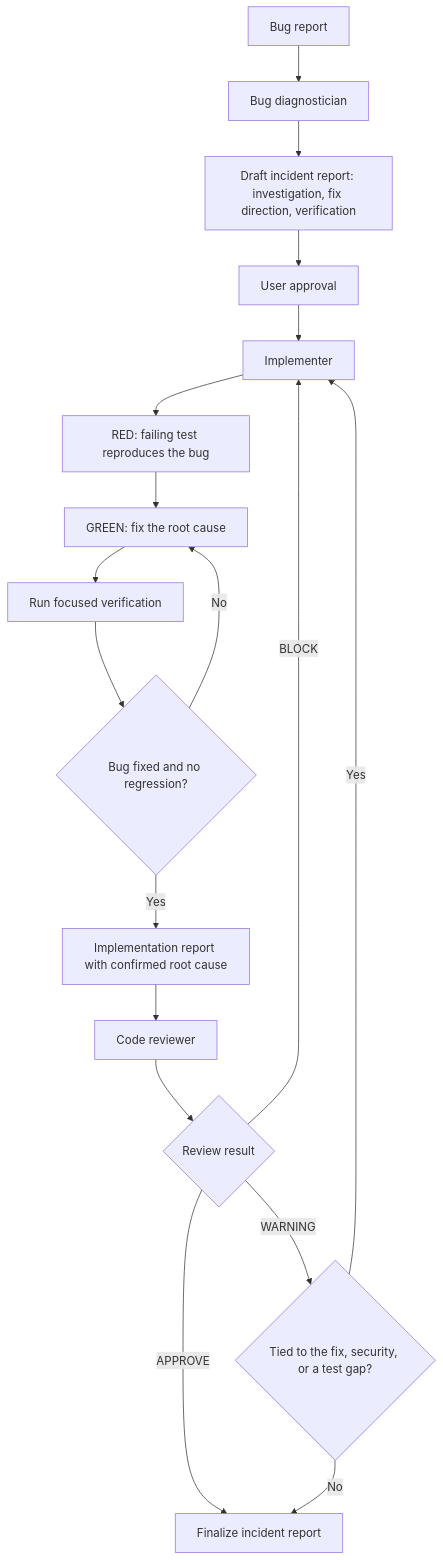
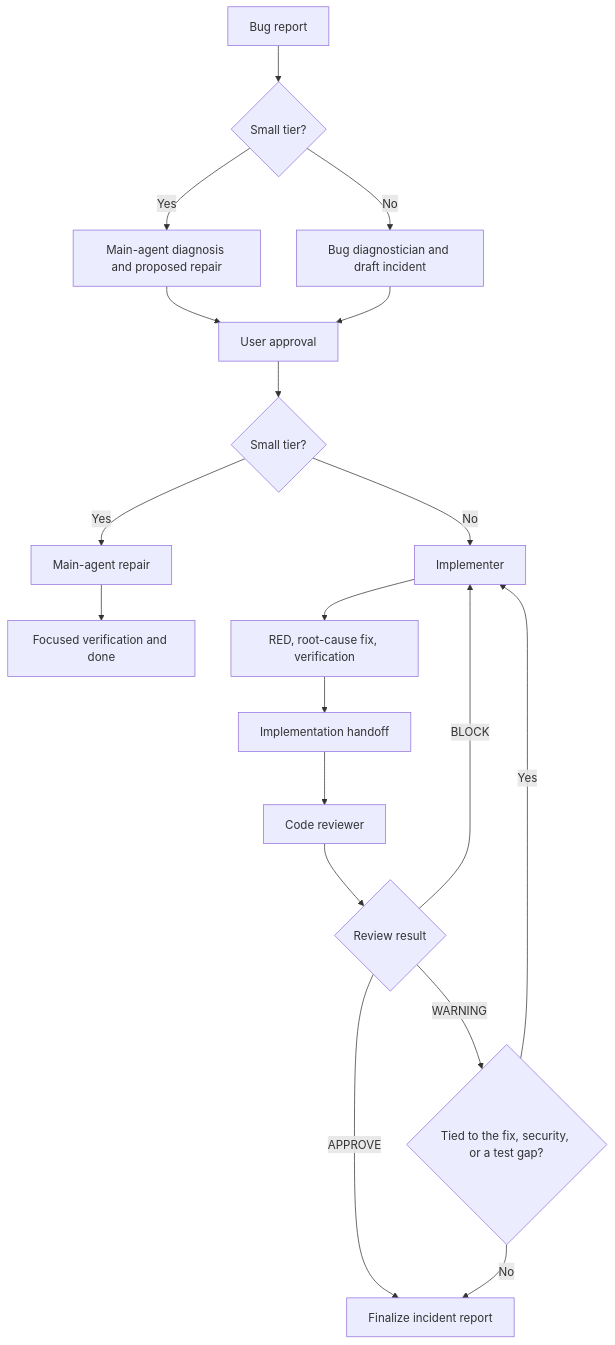
Before and after one commit to aloilor/lean-coding-agent: the fourth of 4 diagrams in README.md, drawn with Mermaid. The commit also changed other lines of this file and 7 other files, not shown here.

First line of the commit message:
refactor(agents): streamline bug diagnosis workflow

````diff
--- a/README.md
+++ b/README.md
@@ -107,20 +107,21 @@
 ```mermaid
 flowchart TD
-    A[Bug report] --> B[Bug diagnostician]
-    B --> C[Draft incident report: investigation, fix direction, verification]
-    C --> D[User approval]
-    D --> E[Implementer]
-    E --> F[RED: failing test reproduces the bug]
-    F --> G[GREEN: fix the root cause]
-    G --> H[Run focused verification]
-    H --> I{Bug fixed and no regression?}
-    I -->|No| G
-    I -->|Yes| J[Implementation report with confirmed root cause]
-    J --> K[Code reviewer]
-    K --> L{Review result}
-    L -->|APPROVE| M[Finalize incident report]
-    L -->|BLOCK| E
-    L -->|WARNING| N{Tied to the fix, security, or a test gap?}
-    N -->|Yes| E
-    N -->|No| M
+    A[Bug report] --> B{Small tier?}
+    B -->|Yes| C[Main-agent diagnosis and proposed repair]
+    B -->|No| D[Bug diagnostician and draft incident]
+    C --> E[User approval]
+    D --> E
+    E --> F{Small tier?}
+    F -->|Yes| G[Main-agent repair]
+    F -->|No| H[Implementer]
+    G --> I[Focused verification and done]
+    H --> J[RED, root-cause fix, verification]
+    J --> K[Implementation handoff]
+    K --> L[Code reviewer]
+    L --> M{Review result}
+    M -->|APPROVE| N[Finalize incident report]
+    M -->|BLOCK| H
+    M -->|WARNING| O{Tied to the fix, security, or a test gap?}
+    O -->|Yes| H
+    O -->|No| N
 ```
````
